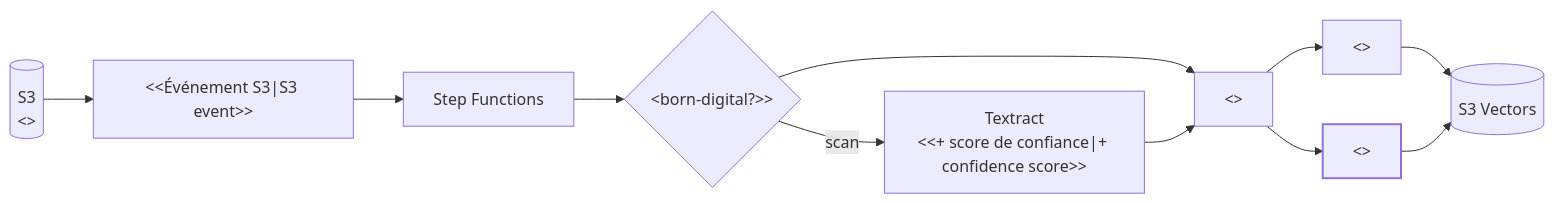
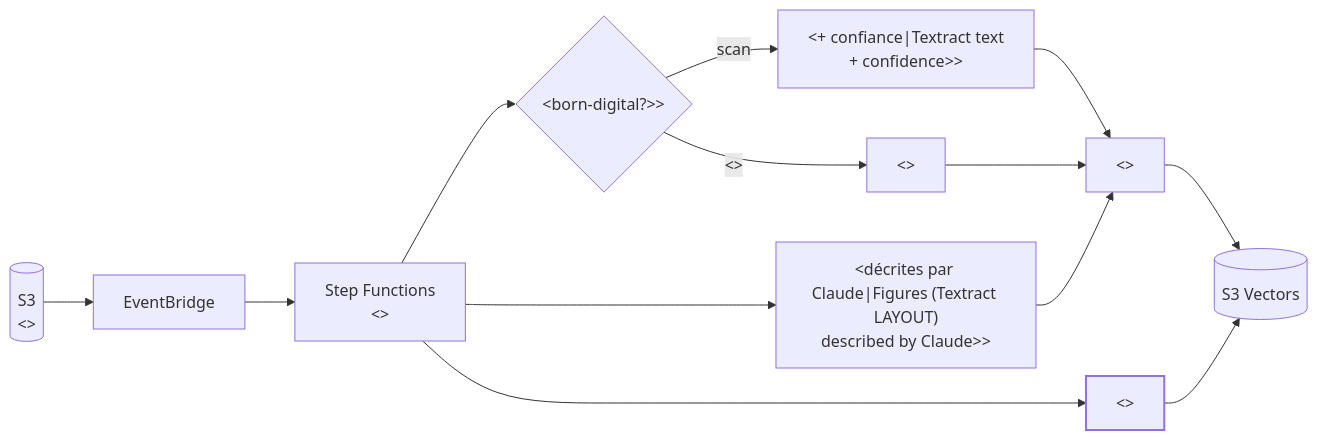
Before and after one commit to ThomasBruniquel/rag-demos: the diagram in web/content/demos/05-documentation-technique/pipeline.mmd, drawn with Mermaid. The commit also changed 126 other files, not shown here.

```diff
--- a/web/content/demos/05-documentation-technique/pipeline.mmd
+++ b/web/content/demos/05-documentation-technique/pipeline.mmd
@@ -1,14 +1,16 @@
 flowchart LR
-  A[("S3<br/><<rapports NASA|NASA reports>>")]:::store --> EV["<<Événement S3|S3 event>>"] --> SF["Step Functions"]
+  A[("S3<br/><<rapports NASA|NASA reports>>")]:::store --> EV["EventBridge"] --> SF["Step Functions<br/><<un rapport par exécution|one report per run>>"]
   SF --> D{"<<Scan ou natif ?|Scanned or<br/>born-digital?>>"}
-  D -->|scan| T["Textract<br/><<+ score de confiance|+ confidence score>>"]
-  D --> F["<<Extraction des figures|Figure extraction>>"]
-  T --> F
-  F --> TX["<<Représentation texte|Text representation>>"]
-  F --> IM["<<Représentation visuelle|Visual representation>>"]:::key
+  D -->|scan| T["<<Texte Textract<br/>+ confiance|Textract text<br/>+ confidence>>"]
+  D -->|"<<natif|born-digital>>"| N["<<Texte du PDF|PDF text layer>>"]
+  SF --> F["<<Figures (Textract LAYOUT)<br/>décrites par Claude|Figures (Textract LAYOUT)<br/>described by Claude>>"]
+  SF --> IM["<<Images des pages|Page images>>"]:::key
+  T --> TX["<<Index OCR|OCR index>>"]
+  N --> TX
+  F --> TX
   TX --> SV[("S3 Vectors")]:::store
   IM --> SV
 
   classDef user stroke-width:0
   classDef key stroke-width:2px
   classDef store stroke-width:1px
```
